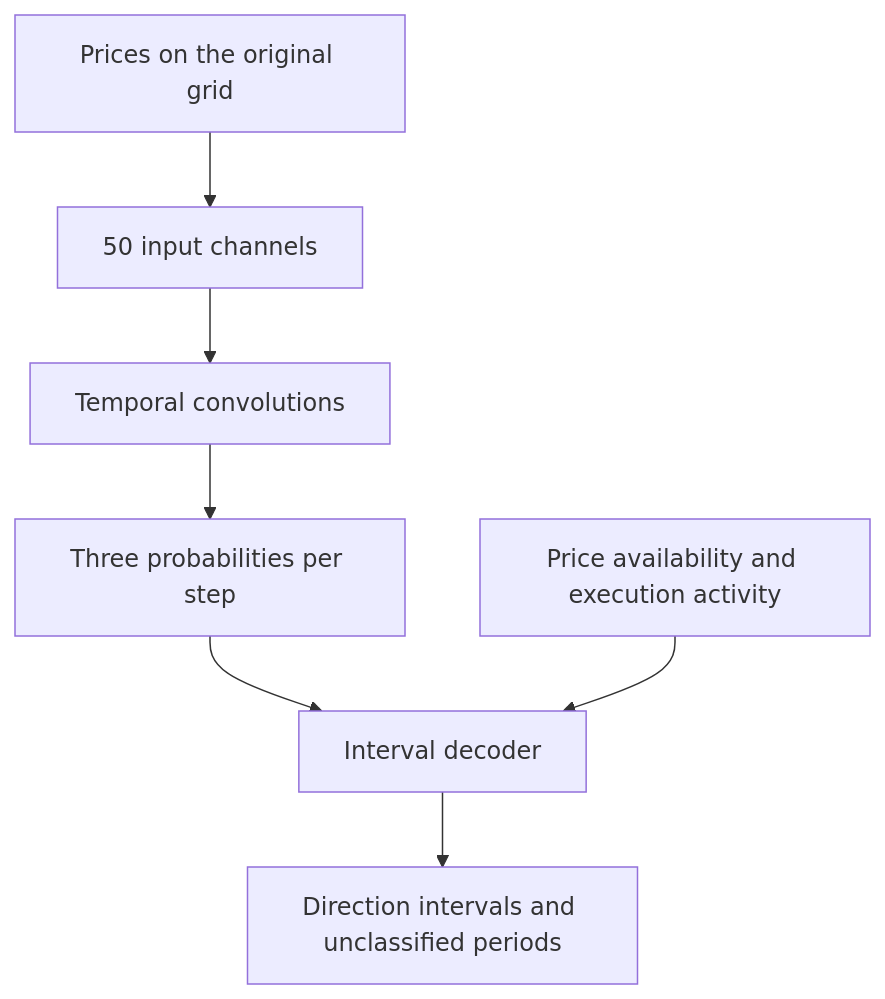
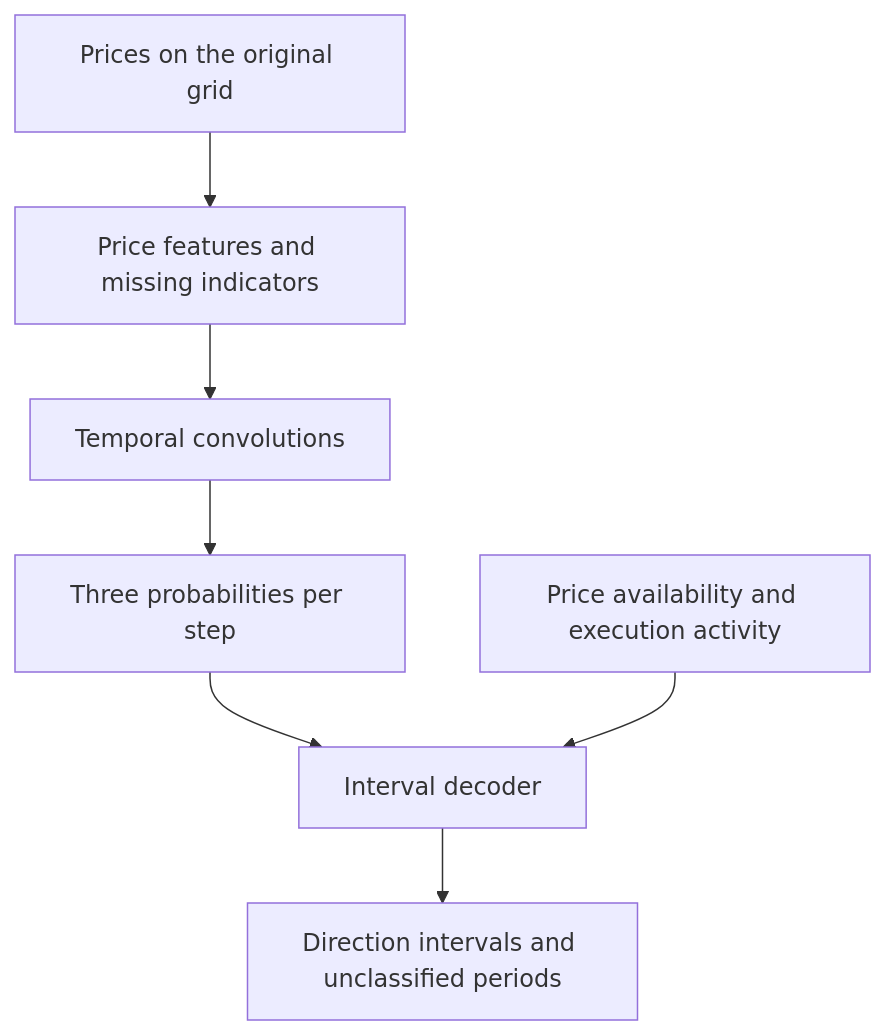
The diagram in docs/tcn.md (patarala/regimex), drawn with Mermaid before and after one commit. The commit also changed other lines of this file and 8 other files, not shown here.

````diff
--- a/docs/tcn.md
+++ b/docs/tcn.md
@@ -30,9 +38,9 @@
 ```mermaid
 flowchart TD
-    P[Prices on the original grid] --> F[50 input channels]
+    P[Prices on the original grid] --> F[Price features and missing indicators]
     F --> N[Temporal convolutions]
     N --> S[Three probabilities per step]
     S --> D[Interval decoder]
     A[Price availability and execution activity] --> D
     D --> I[Direction intervals and unclassified periods]
 ```
````
